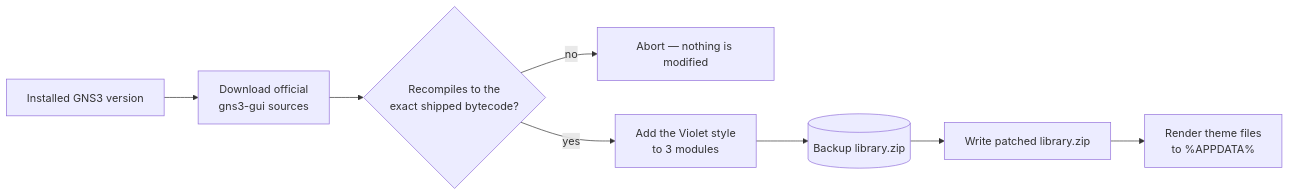
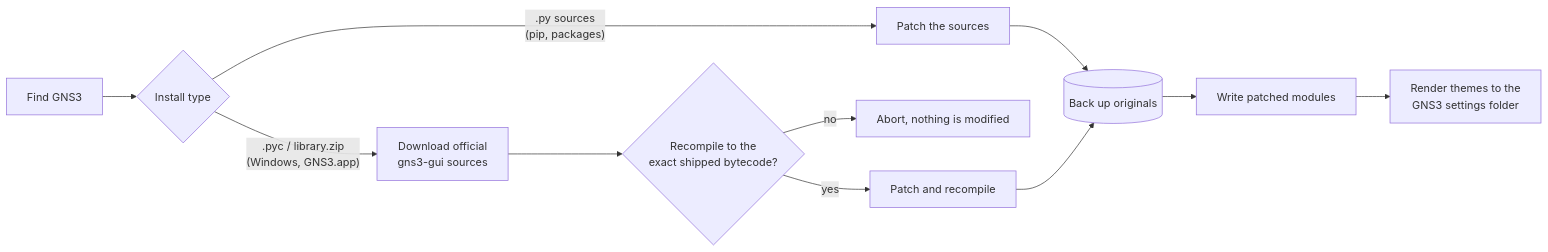
One commit to ivaniv4/mygns3theme changed the diagram in README.md. Above: the diagram before and after it, drawn with Mermaid. The commit also changed other lines of this file and 44 other files, not shown here.

First line of the commit message:
mygns3theme 2.0.0: cross-platform installers and Web UI themes

````diff
--- a/README.md
+++ b/README.md
@@ -123,10 +209,13 @@
 ```mermaid
 flowchart LR
-    A[Installed GNS3 version] --> B[Download official<br/>gns3-gui sources]
-    B --> C{Recompiles to the<br/>exact shipped bytecode?}
-    C -- no --> X[Abort — nothing is modified]
-    C -- yes --> D[Add the Violet style<br/>to 3 modules]
-    D --> E[(Backup library.zip)]
-    E --> F[Write patched library.zip]
-    F --> G[Render theme files<br/>to %APPDATA%]
+    A[Find GNS3] --> B{Install type}
+    B -- ".py sources<br/>(pip, packages)" --> E[Patch the sources]
+    B -- ".pyc / library.zip<br/>(Windows, GNS3.app)" --> C[Download official<br/>gns3-gui sources]
+    C --> D{Recompile to the<br/>exact shipped bytecode?}
+    D -- no --> X[Abort, nothing is modified]
+    D -- yes --> F[Patch and recompile]
+    E --> G[(Back up originals)]
+    F --> G
+    G --> H[Write patched modules]
+    H --> I[Render themes to the<br/>GNS3 settings folder]
 ```
````
